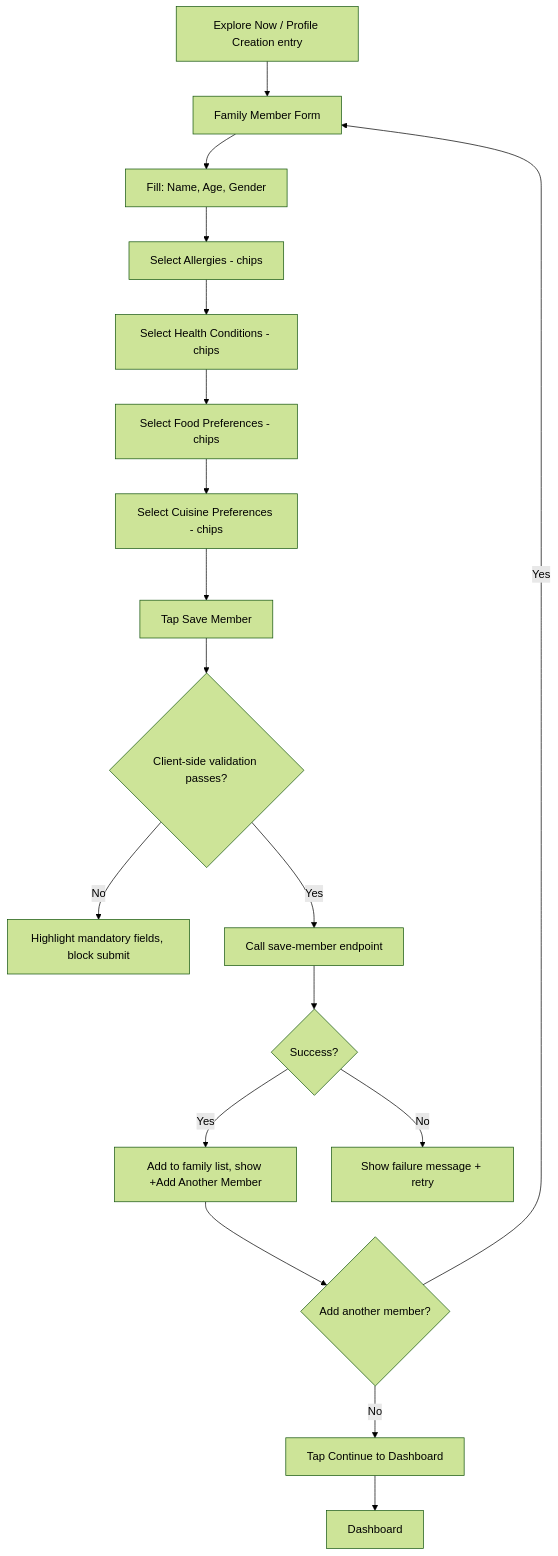
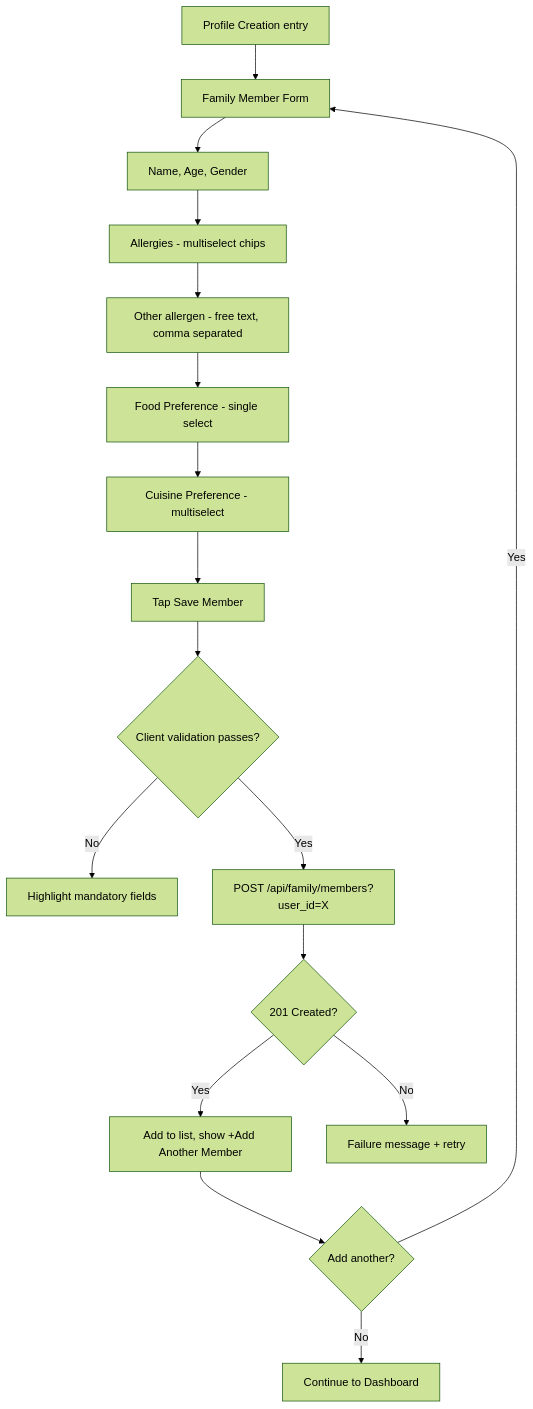
One commit to subhi19/nutriwise-ai changed the fourth of 9 diagrams in docs/frontend-flow-and-business-logic.md. Above: the diagram before and after it, drawn with Mermaid (forest theme). The commit also changed other lines of this file, not shown here.

````diff
--- a/docs/frontend-flow-and-business-logic.md
+++ b/docs/frontend-flow-and-business-logic.md
@@ -136,20 +138,19 @@
 ```mermaid
 flowchart TD
-    A[Explore Now / Profile Creation entry] --> B[Family Member Form]
-    B --> C[Fill: Name, Age, Gender]
-    C --> D[Select Allergies - chips]
-    D --> E[Select Health Conditions - chips]
-    E --> F[Select Food Preferences - chips]
-    F --> G[Select Cuisine Preferences - chips]
+    A[Profile Creation entry] --> B[Family Member Form]
+    B --> C[Name, Age, Gender]
+    C --> D[Allergies - multiselect chips]
+    D --> E[Other allergen - free text, comma separated]
+    E --> F[Food Preference - single select]
+    F --> G[Cuisine Preference - multiselect]
     G --> H[Tap Save Member]
-    H --> I{Client-side validation passes?}
-    I -->|No| I2[Highlight mandatory fields, block submit]
-    I -->|Yes| J[Call save-member endpoint]
-    J --> K{Success?}
-    K -->|Yes| L[Add to family list, show +Add Another Member]
-    K -->|No| M[Show failure message + retry]
-    L --> N{Add another member?}
+    H --> I{Client validation passes?}
+    I -->|No| I2[Highlight mandatory fields]
+    I -->|Yes| J[POST /api/family/members?user_id=X]
+    J --> K{201 Created?}
+    K -->|Yes| L[Add to list, show +Add Another Member]
+    K -->|No| M[Failure message + retry]
+    L --> N{Add another?}
     N -->|Yes| B
-    N -->|No| O[Tap Continue to Dashboard]
-    O --> P[Dashboard]
+    N -->|No| O[Continue to Dashboard]
 ```
````
